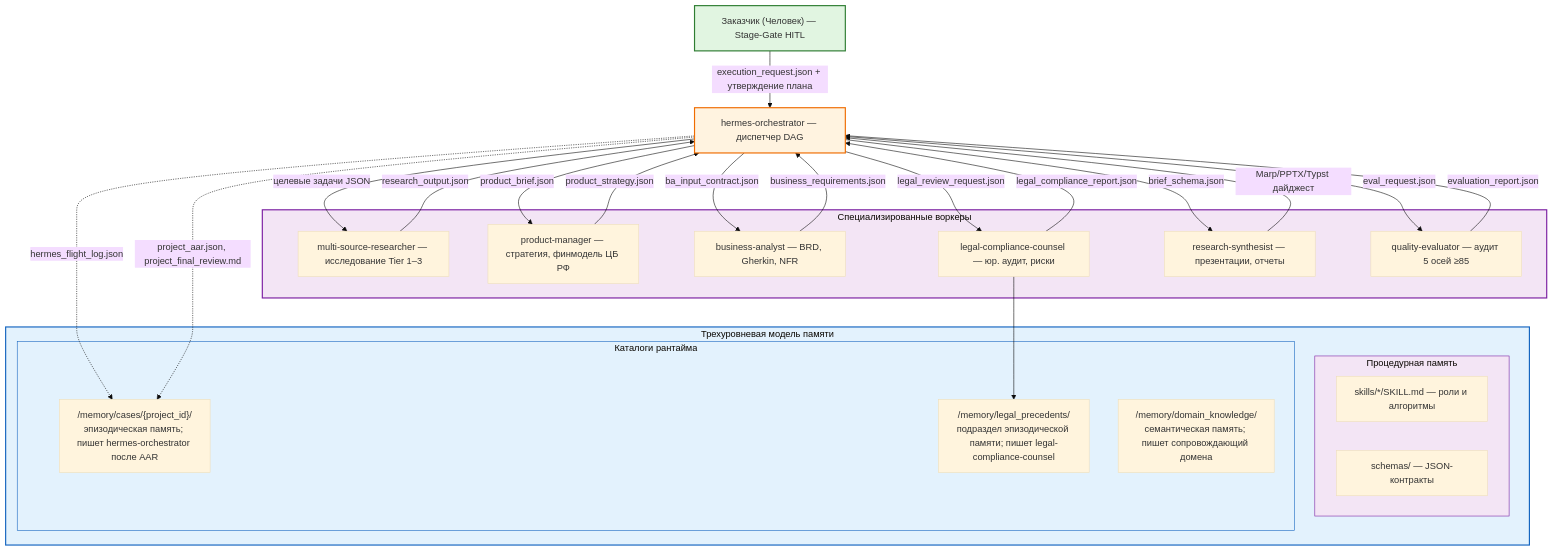
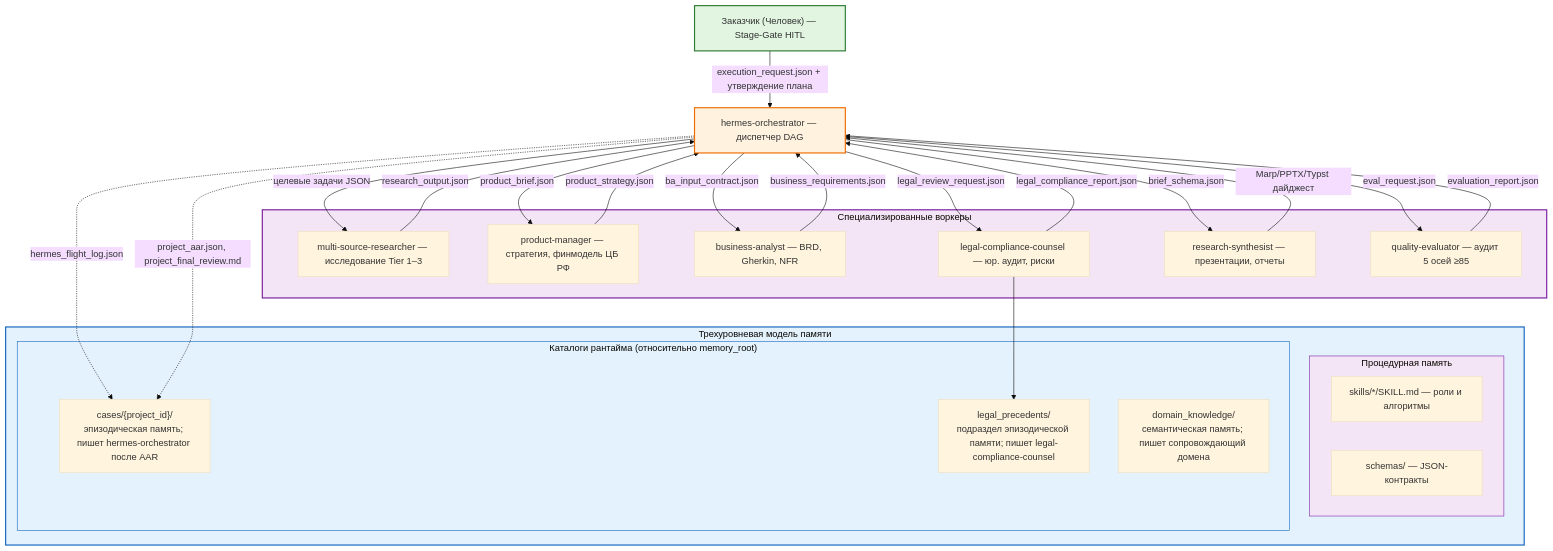
The diagram in docs/diagrams/architecture.mmd (DenisZakharov2/hermes-protocol-team), drawn with Mermaid (base theme) before and after one commit. The commit also changed 56 other files, not shown here.

```diff
--- a/docs/diagrams/architecture.mmd
+++ b/docs/diagrams/architecture.mmd
@@ -1,53 +1,53 @@
 %% Архитектура Hermes Protocol
 
 flowchart TD
     Z["Заказчик (Человек) — Stage-Gate HITL"]
     O[hermes-orchestrator — диспетчер DAG]
 
     subgraph Memory["Трехуровневая модель памяти"]
         subgraph Procedural["Процедурная память"]
             PM["skills/*/SKILL.md — роли и алгоритмы"]
             SC["schemas/ — JSON-контракты"]
         end
-        subgraph Runtime["Каталоги рантайма"]
-            EM["/memory/cases/{project_id}/<br/>эпизодическая память; пишет hermes-orchestrator после AAR"]
-            LM["/memory/legal_precedents/<br/>подраздел эпизодической памяти; пишет legal-compliance-counsel"]
-            SM["/memory/domain_knowledge/<br/>семантическая память; пишет сопровождающий домена"]
+        subgraph Runtime["Каталоги рантайма (относительно memory_root)"]
+            EM["cases/{project_id}/<br/>эпизодическая память; пишет hermes-orchestrator после AAR"]
+            LM["legal_precedents/<br/>подраздел эпизодической памяти; пишет legal-compliance-counsel"]
+            SM["domain_knowledge/<br/>семантическая память; пишет сопровождающий домена"]
         end
     end
 
     subgraph Workers["Специализированные воркеры"]
         R[multi-source-researcher — исследование Tier 1–3]
         PMg[product-manager — стратегия, финмодель ЦБ РФ]
         BA[business-analyst — BRD, Gherkin, NFR]
         LC[legal-compliance-counsel — юр. аудит, риски]
         SY[research-synthesist — презентации, отчеты]
         QE[quality-evaluator — аудит 5 осей ≥85]
     end
 
     Z -->|execution_request.json + утверждение плана| O
     O -->|целевые задачи JSON| R
     O -->|product_brief.json| PMg
     O -->|ba_input_contract.json| BA
     O -->|legal_review_request.json| LC
     O -->|brief_schema.json| SY
     O -->|eval_request.json| QE
 
     R -->|research_output.json| O
     PMg -->|product_strategy.json| O
     BA -->|business_requirements.json| O
     LC -->|legal_compliance_report.json| O
     SY -->|Marp/PPTX/Typst дайджест| O
     QE -->|evaluation_report.json| O
 
     O -.->|hermes_flight_log.json| EM
     O -.->|project_aar.json, project_final_review.md| EM
 
     LC --> LM
 
     style Z fill:#e1f5e1,stroke:#2e7d32,stroke-width:2px
     style O fill:#fff3e0,stroke:#ef6c00,stroke-width:2px
     style Memory fill:#e3f2fd,stroke:#1565c0,stroke-width:2px
     style Procedural fill:#f3e5f5,stroke:#7b1fa2
     style Runtime fill:#e3f2fd,stroke:#1565c0
     style Workers fill:#f3e5f5,stroke:#7b1fa2,stroke-width:2px
```
